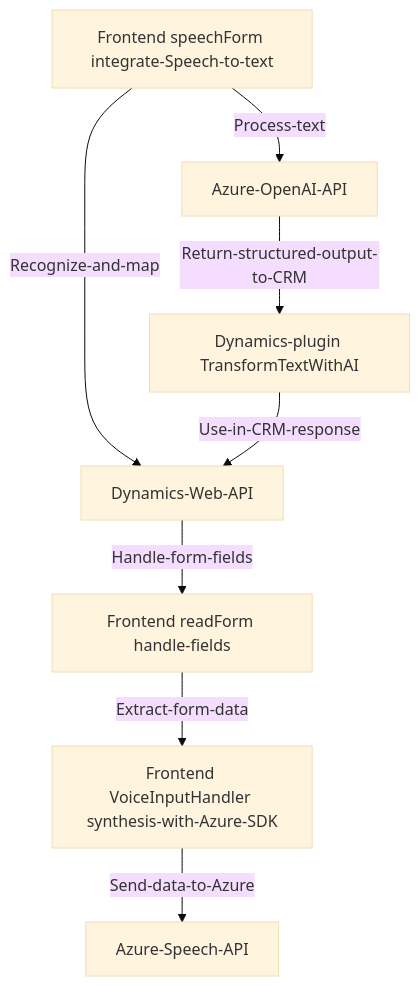
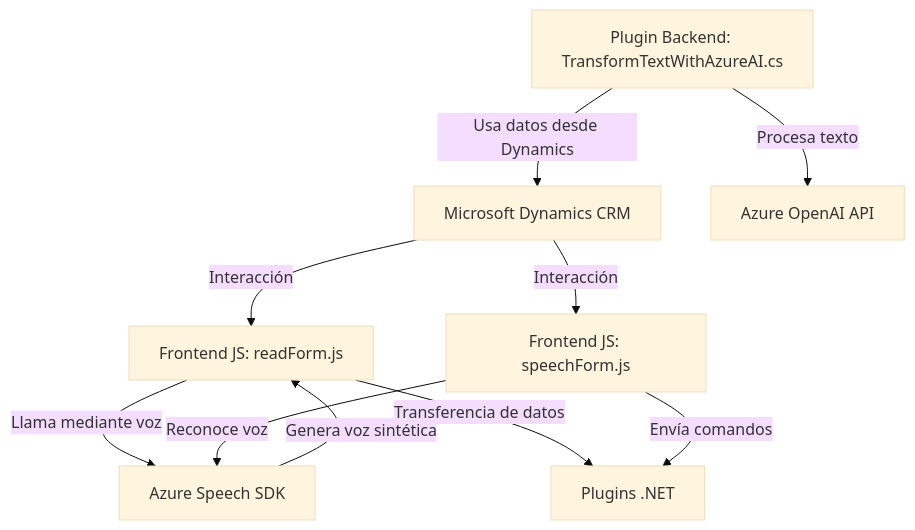
The diagram in README.md (blopezdm/NETCORE_BILBAO2025), drawn with Mermaid (base theme) before and after one commit. The commit also changed other lines of this file, not shown here.

````diff
--- a/README.md
+++ b/README.md
@@ -55,18 +44,12 @@
 ```mermaid
 graph TD
-    A["Frontend readForm handle-fields"]
-    B["Frontend VoiceInputHandler synthesis-with-Azure-SDK"]
-    C["Frontend speechForm integrate-Speech-to-text"]
-    D["Dynamics-plugin TransformTextWithAI"]
-    E["Azure-Speech-API"]
-    F["Azure-OpenAI-API"]
-    G["Dynamics-Web-API"]
-
-    A -->|Extract-form-data| B
-    B -->|Send-data-to-Azure| E
-    C -->|Recognize-and-map| G
-    G -->|Handle-form-fields| A
-    C -->|Process-text| F
-    F -->|Return-structured-output-to-CRM| D
-    D -->|Use-in-CRM-response| G
+  A["Frontend JS: readForm.js"] -->|Llama mediante voz| B["Azure Speech SDK"]
+  A -->|Transferencia de datos| C["Plugins .NET"]
+  B -->|Genera voz sintética| A
+  D["Frontend JS: speechForm.js"] -->|Reconoce voz| B
+  D -->|Envía comandos| C
+  E["Plugin Backend: TransformTextWithAzureAI.cs"] -->|Usa datos desde Dynamics| F["Microsoft Dynamics CRM"]
+  E -->|Procesa texto| G["Azure OpenAI API"]
+  F -->|Interacción| A
+  F -->|Interacción| D
 ```
````
